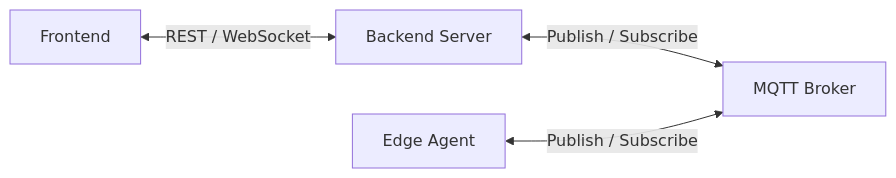
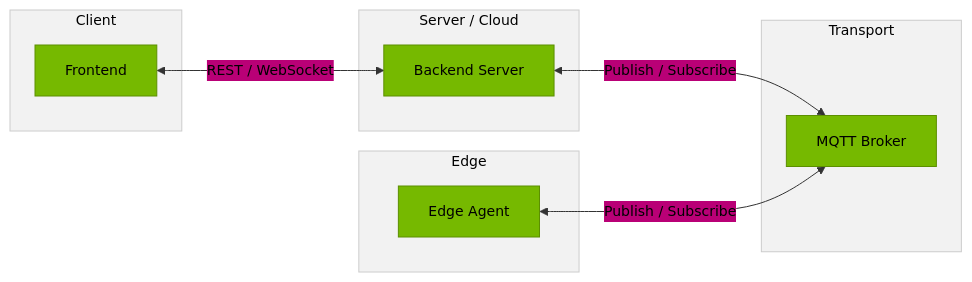
One commit to HipSayu/ai-edge-ops changed the first of 6 diagrams in backend/docs/EDGE_SERVER_COMMUNICATION.md. Above: the diagram before and after it, drawn with Mermaid. The commit also changed other lines of this file and 27 other files, not shown here.

````diff
--- a/backend/docs/EDGE_SERVER_COMMUNICATION.md
+++ b/backend/docs/EDGE_SERVER_COMMUNICATION.md
@@ -5,11 +5,23 @@
 ```mermaid
+%%{init: {"theme":"base","themeVariables":{"primaryColor":"#76B900","primaryTextColor":"#000000","primaryBorderColor":"#5C8F00","lineColor":"#333333","fontFamily":"Helvetica, Arial, sans-serif","fontSize":"14px","clusterBkg":"#F2F2F2","clusterBorder":"#CCCCCC"}}}%%
 flowchart LR
-    F[Frontend]
-    S[Backend Server]
-    M[MQTT Broker]
-    E[Edge Agent]
+    subgraph CLIENT["Client"]
+        F["Frontend"]
+    end
+    subgraph CLOUD["Server / Cloud"]
+        S["Backend Server"]
+    end
+    subgraph TRANSPORT["Transport"]
+        M["MQTT Broker"]
+    end
+    subgraph EDGE["Edge"]
+        E["Edge Agent"]
+    end
 
     F <-->|REST / WebSocket| S
     S <-->|Publish / Subscribe| M
     E <-->|Publish / Subscribe| M
+
+    classDef band fill:#F2F2F2,stroke:#CCCCCC,color:#000000
+    class CLIENT,CLOUD,TRANSPORT,EDGE band
 ```
````
